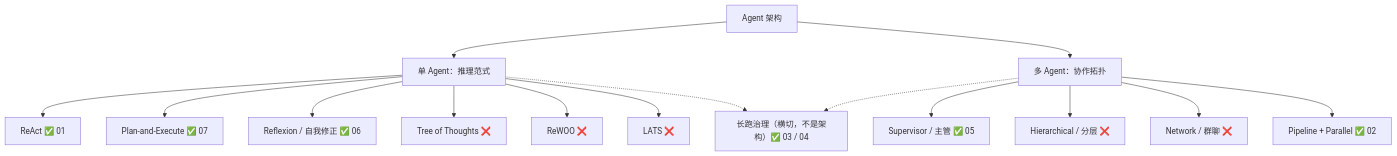
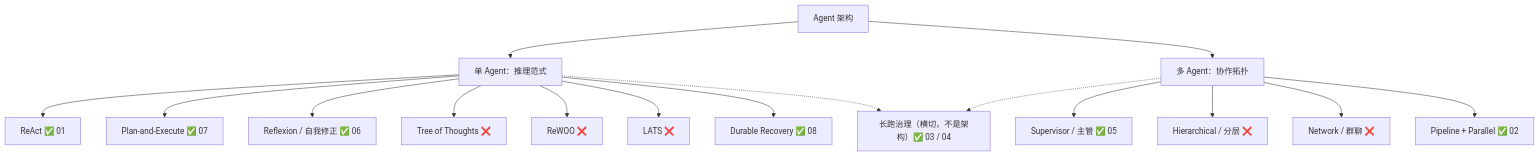
One commit to gocronx/llm changed the first of 8 diagrams in agent/README.md. Above: the diagram before and after it, drawn with Mermaid. The commit also changed other lines of this file and 99 other files, not shown here.

````diff
--- a/agent/README.md
+++ b/agent/README.md
@@ -9,22 +9,23 @@
 ```mermaid
 flowchart TD
     ROOT["Agent 架构"]
     ROOT --> S["单 Agent：推理范式"]
     ROOT --> M["多 Agent：协作拓扑"]
 
     S --> S1["ReAct ✅ 01"]
     S --> S2["Plan-and-Execute ✅ 07"]
     S --> S3["Reflexion / 自我修正 ✅ 06"]
     S --> S4["Tree of Thoughts ❌"]
     S --> S5["ReWOO ❌"]
     S --> S6["LATS ❌"]
+    S --> S7["Durable Recovery ✅ 08"]
 
     M --> M1["Supervisor / 主管 ✅ 05"]
     M --> M2["Hierarchical / 分层 ❌"]
     M --> M3["Network / 群聊 ❌"]
     M --> M4["Pipeline + Parallel ✅ 02"]
 
     X["长跑治理（横切，不是架构）✅ 03 / 04"]
     S -.-> X
     M -.-> X
 ```
````
